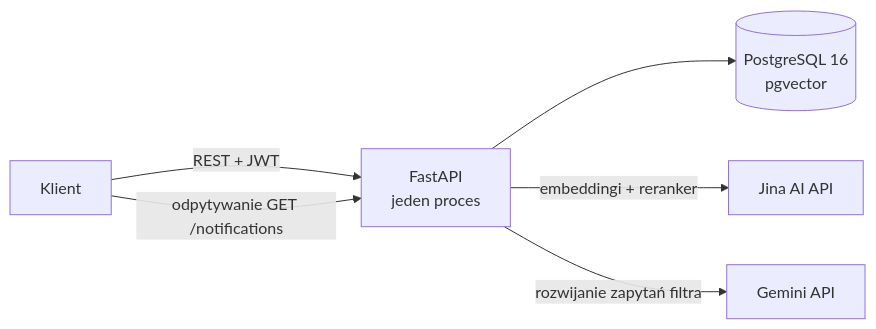
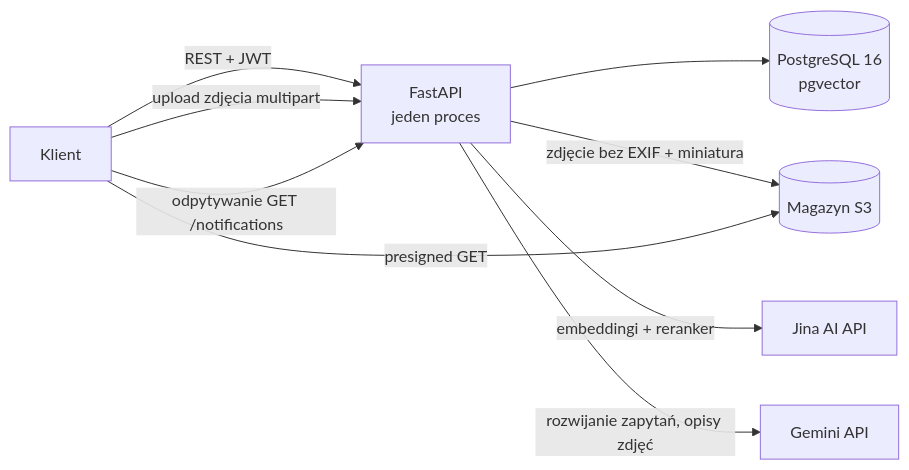
Before and after one commit to LastMinuteGameStudio/smieciarka.pl: the first of 2 diagrams in backend/docs/stan-obecny.md, drawn with Mermaid. The commit also changed other lines of this file and 17 other files, not shown here.

````diff
--- a/backend/docs/stan-obecny.md
+++ b/backend/docs/stan-obecny.md
@@ -88,8 +100,11 @@
 ```mermaid
 flowchart LR
     Client[Klient] -->|REST + JWT| API[FastAPI<br/>jeden proces]
+    Client -->|upload zdjęcia multipart| API
     API --> PG[(PostgreSQL 16<br/>pgvector)]
+    API -->|zdjęcie bez EXIF + miniatura| S3[(Magazyn S3)]
     API -->|embeddingi + reranker| Jina[Jina AI API]
-    API -->|rozwijanie zapytań filtra| Gemini[Gemini API]
+    API -->|rozwijanie zapytań, opisy zdjęć| Gemini[Gemini API]
+    Client -->|presigned GET| S3
     Client -->|odpytywanie GET /notifications| API
 ```
````
